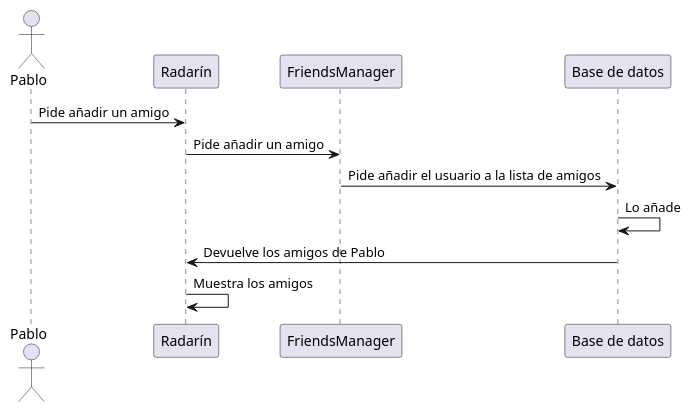
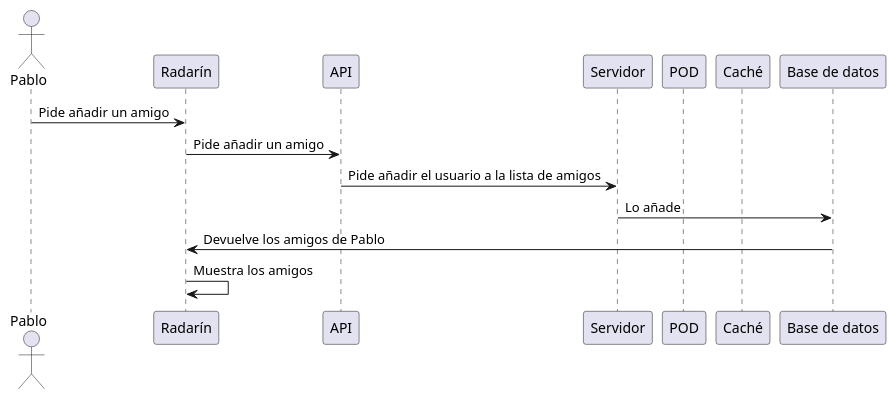
The sixth of 9 diagrams in webapp/docs/06_runtime_view.adoc (Arquisoft/radarin_es4a), drawn with PlantUML before and after one commit. The commit also changed other lines of this file and 8 other files, not shown here.

```diff
--- a/webapp/docs/06_runtime_view.adoc
+++ b/webapp/docs/06_runtime_view.adoc
@@ -76,13 +128,15 @@
-[plantuml,"anadir_amigos",png]
+[plantuml,"anadir_amigos_movil",png]
 ----
 actor Pablo
-participant  "Radarín"
-participant "FriendsManager"
-participant "Base de datos"
+participant "Radarín"
+participant "API"
+participant "Servidor"
+participant "POD"
+participant "Caché"
 Pablo -> "Radarín": Pide añadir un amigo
-"Radarín" -> "FriendsManager": Pide añadir un amigo
-"FriendsManager" -> "Base de datos": Pide añadir el usuario a la lista de amigos
-"Base de datos" -> "Base de datos": Lo añade
+"Radarín" -> "API": Pide añadir un amigo
+"API" -> "Servidor": Pide añadir el usuario a la lista de amigos
+"Servidor" -> "Base de datos": Lo añade
 "Base de datos" -> "Radarín" : Devuelve los amigos de Pablo
 "Radarín" -> "Radarín": Muestra los amigos
 ----
```
